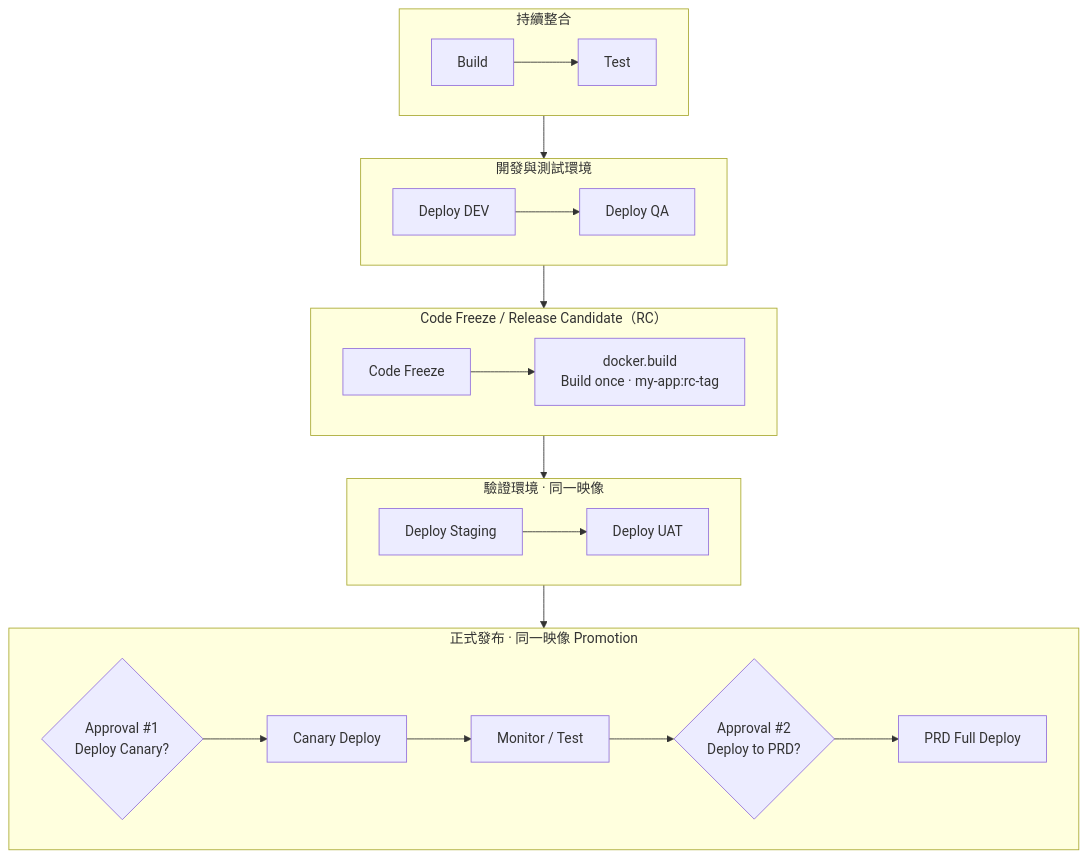
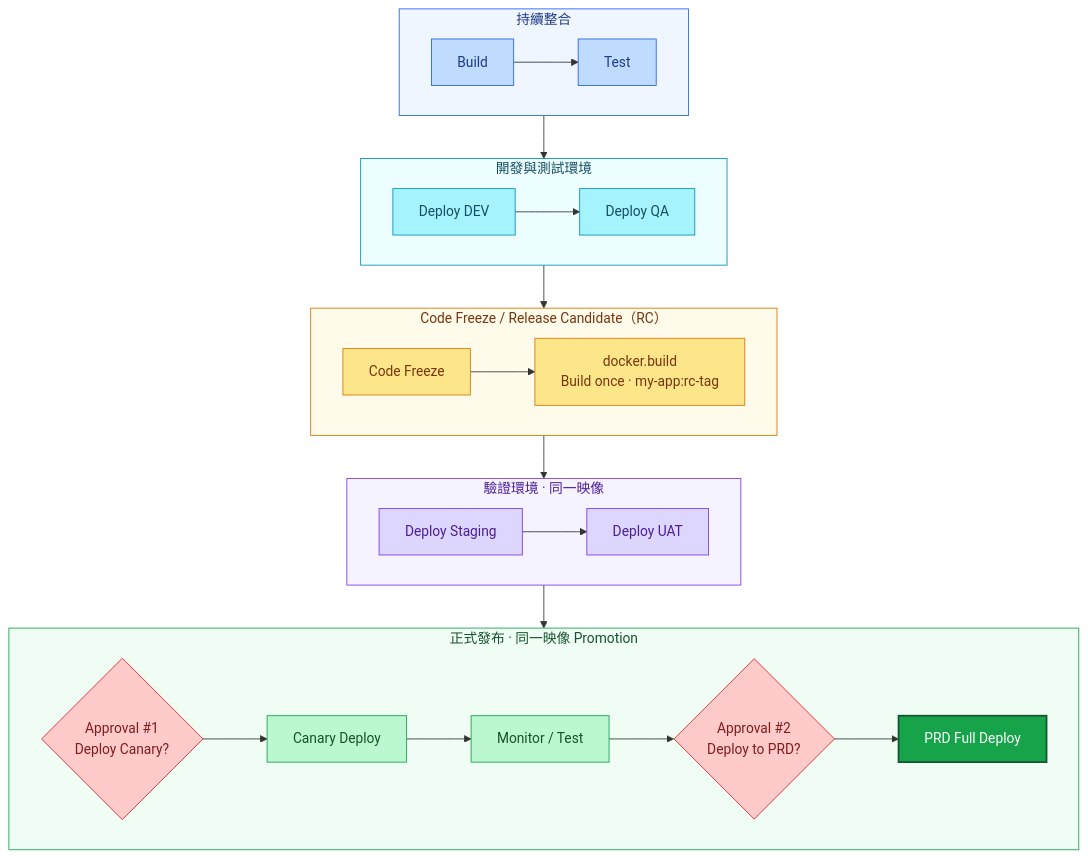
One commit to ytliuSVN/ros2-web-monitoring changed the first of 2 diagrams in CI-CD-PIPELINE.md. Above: the diagram before and after it, drawn with Mermaid. The commit also changed other lines of this file, not shown here.

Commit message:
Enhance CI/CD Pipeline documentation by adding detailed class definitions and styles for flowchart nodes to improve visual clarity and organization.

````diff
--- a/CI-CD-PIPELINE.md
+++ b/CI-CD-PIPELINE.md
@@ -21,35 +21,57 @@
 ```mermaid
 flowchart TD
     subgraph ci["持續整合"]
         direction LR
         build[Build] --> test[Test]
     end
 
     subgraph devqa["開發與測試環境"]
         direction LR
         dev[Deploy DEV] --> qa[Deploy QA]
     end
 
     subgraph rc["Code Freeze / Release Candidate（RC）"]
         direction LR
         freeze[Code Freeze] --> docker["docker.build<br/>Build once · my-app:rc-tag"]
     end
 
     subgraph preprod["驗證環境 · 同一映像"]
         direction LR
         staging[Deploy Staging] --> uat[Deploy UAT]
     end
 
     subgraph release["正式發布 · 同一映像 Promotion"]
         direction LR
         approval1{"Approval #1<br/>Deploy Canary?"} --> canary[Canary Deploy]
         canary --> monitor["Monitor / Test"]
         monitor --> approval2{"Approval #2<br/>Deploy to PRD?"}
         approval2 --> prd[PRD Full Deploy]
     end
 
     ci --> devqa
     devqa --> rc
     rc --> preprod
     preprod --> release
+
+    classDef ciNode fill:#bfdbfe,stroke:#2563eb,color:#1e3a8a
+    classDef devqaNode fill:#a5f3fc,stroke:#0891b2,color:#164e63
+    classDef rcNode fill:#fde68a,stroke:#d97706,color:#78350f
+    classDef preprodNode fill:#ddd6fe,stroke:#7c3aed,color:#4c1d95
+    classDef releaseNode fill:#bbf7d0,stroke:#16a34a,color:#14532d
+    classDef approvalNode fill:#fecaca,stroke:#dc2626,color:#7f1d1d
+    classDef prdNode fill:#16a34a,stroke:#14532d,color:#ffffff,stroke-width:2px
+
+    class build,test ciNode
+    class dev,qa devqaNode
+    class freeze,docker rcNode
+    class staging,uat preprodNode
+    class canary,monitor releaseNode
+    class approval1,approval2 approvalNode
+    class prd prdNode
+
+    style ci fill:#eff6ff,stroke:#2563eb,color:#1e3a8a
+    style devqa fill:#ecfeff,stroke:#0891b2,color:#164e63
+    style rc fill:#fffbeb,stroke:#d97706,color:#78350f
+    style preprod fill:#f5f3ff,stroke:#7c3aed,color:#4c1d95
+    style release fill:#f0fdf4,stroke:#16a34a,color:#14532d
 ```
````
